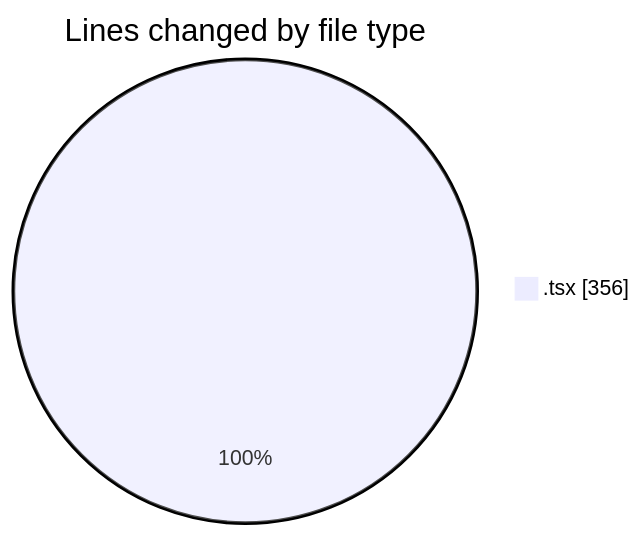
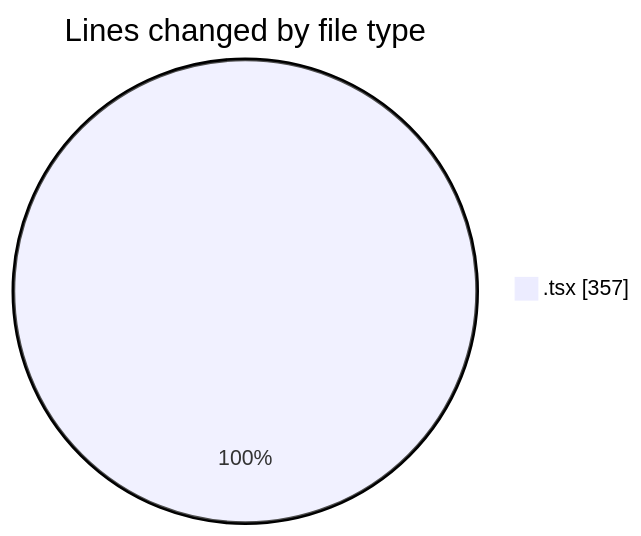
Before and after one commit to JenPaints/code-tracking: the first of 2 diagrams in 2025-05-28/kimberly-groups/README.md, drawn with Mermaid. The commit also changed other lines of this file and 1 other file, not shown here.

````diff
--- a/2025-05-28/kimberly-groups/README.md
+++ b/2025-05-28/kimberly-groups/README.md
@@ -23,5 +23,5 @@
 ```mermaid
 pie showData
 title Lines changed by file type
-".tsx" : 356
+".tsx" : 357
 ```
````
